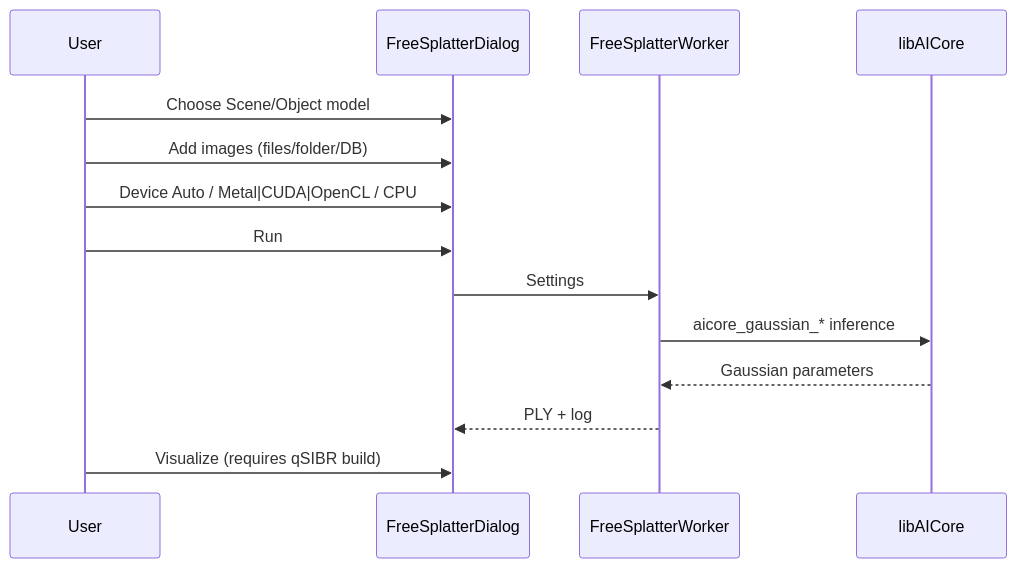
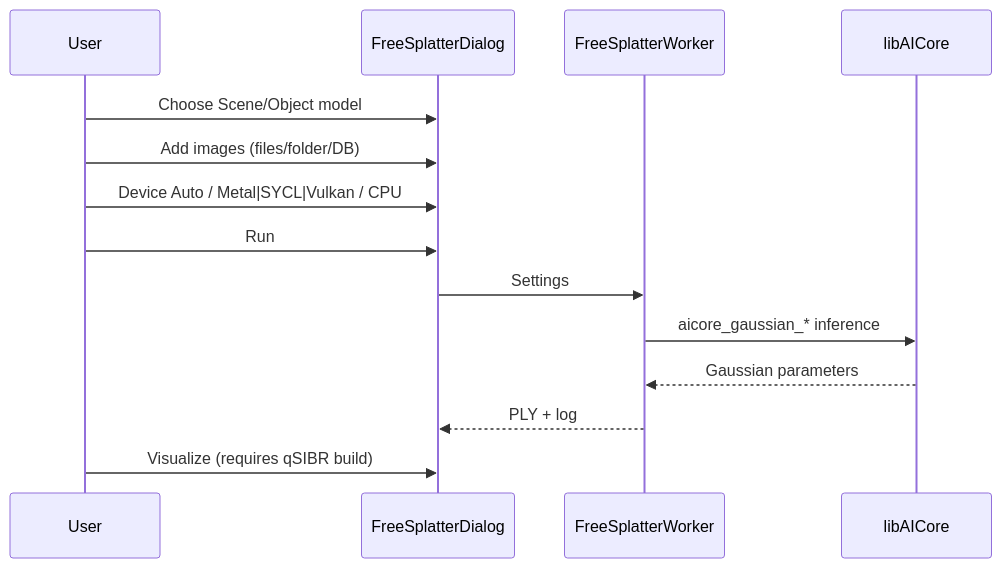
One commit to Asher-1/ACloudViewer changed the second of 2 diagrams in plugins/core/Standard/qFreeSplatter/README.md. Above: the diagram before and after it, drawn with Mermaid. The commit also changed other lines of this file and 116 other files, not shown here.

````diff
--- a/plugins/core/Standard/qFreeSplatter/README.md
+++ b/plugins/core/Standard/qFreeSplatter/README.md
@@ -33,17 +33,17 @@
 ```mermaid
 sequenceDiagram
     participant U as User
     participant D as FreeSplatterDialog
     participant W as FreeSplatterWorker
     participant A as libAICore
 
     U->>D: Choose Scene/Object model
     U->>D: Add images (files/folder/DB)
-    U->>D: Device Auto / Metal|CUDA|OpenCL / CPU
+    U->>D: Device Auto / Metal|SYCL|Vulkan / CPU
     U->>D: Run
     D->>W: Settings
     W->>A: aicore_gaussian_* inference
     A-->>W: Gaussian parameters
     W-->>D: PLY + log
     U->>D: Visualize (requires qSIBR build)
 ```
````
